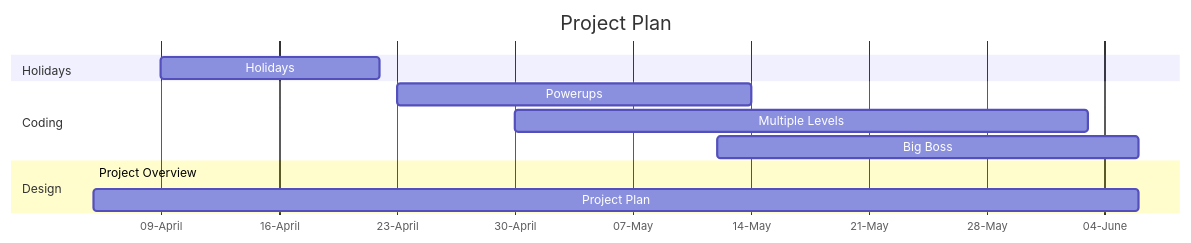
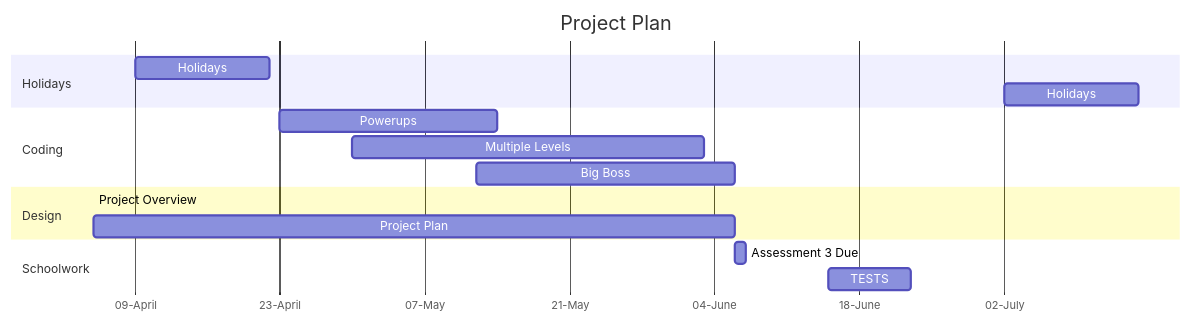
The diagram in design.md (0676693/Invade-Spacers), drawn with Mermaid before and after one commit.

Commit message:
Added EVEN MORE stuff to design.md graph.
Yerp.

````diff
--- a/design.md
+++ b/design.md
@@ -31,19 +31,25 @@
 ```mermaid
 gantt
     title Project Plan
 dateFormat DD-MM-YY
 axisFormat %d-%B
-tickInterval 1week
+tickInterval 2week
 
 section Holidays
 Holidays: 09-04-23, 22-04-23
+Holidays: 02-07-23, 15-07-23
 
 section Coding
 Powerups: 23-04-23, 14-05-23
 Multiple Levels: 30-04-23, 03-06-23
 Big Boss: 12-05-23, 06-06-23
 
 section Design
 Project Overview:05-04-23, id
 Project Plan: 05-04-23, 06-06-23
+
+
+section Schoolwork
+Assessment 3 Due: 06-06-23, 07-06-23
+TESTS: 15-06-23, 23-06-23
 ```
````
